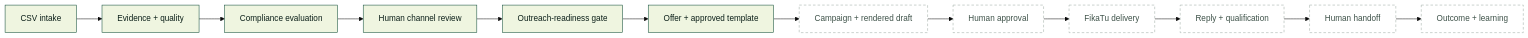
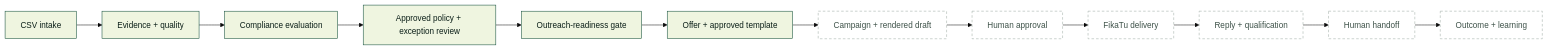
Before and after one commit to Herman-Gathege/webloom-sales-engine: the first of 3 diagrams in docs/workflow-description.md, drawn with Mermaid (base theme). The commit also changed other lines of this file and 60 other files, not shown here.

````diff
--- a/docs/workflow-description.md
+++ b/docs/workflow-description.md
@@ -12,19 +12,19 @@
 ```mermaid
 flowchart LR
     A[CSV intake] --> B[Evidence + quality]
     B --> C[Compliance evaluation]
-    C --> D[Human channel review]
+    C --> D[Approved policy + exception review]
     D --> E[Outreach-readiness gate]
     E --> F[Offer + approved template]
     F --> G[Campaign + rendered draft]
     G --> H[Human approval]
     H --> I[FikaTu delivery]
     I --> J[Reply + qualification]
     J --> K[Human handoff]
     K --> L[Outcome + learning]
 
     classDef built fill:#eff5e0,stroke:#084734,color:#0b1f18;
     classDef future fill:#ffffff,stroke:#9aa9a0,color:#3d5148,stroke-dasharray:5 4;
     class A,B,C,D,E,F built;
     class G,H,I,J,K,L future;
 ```
````
